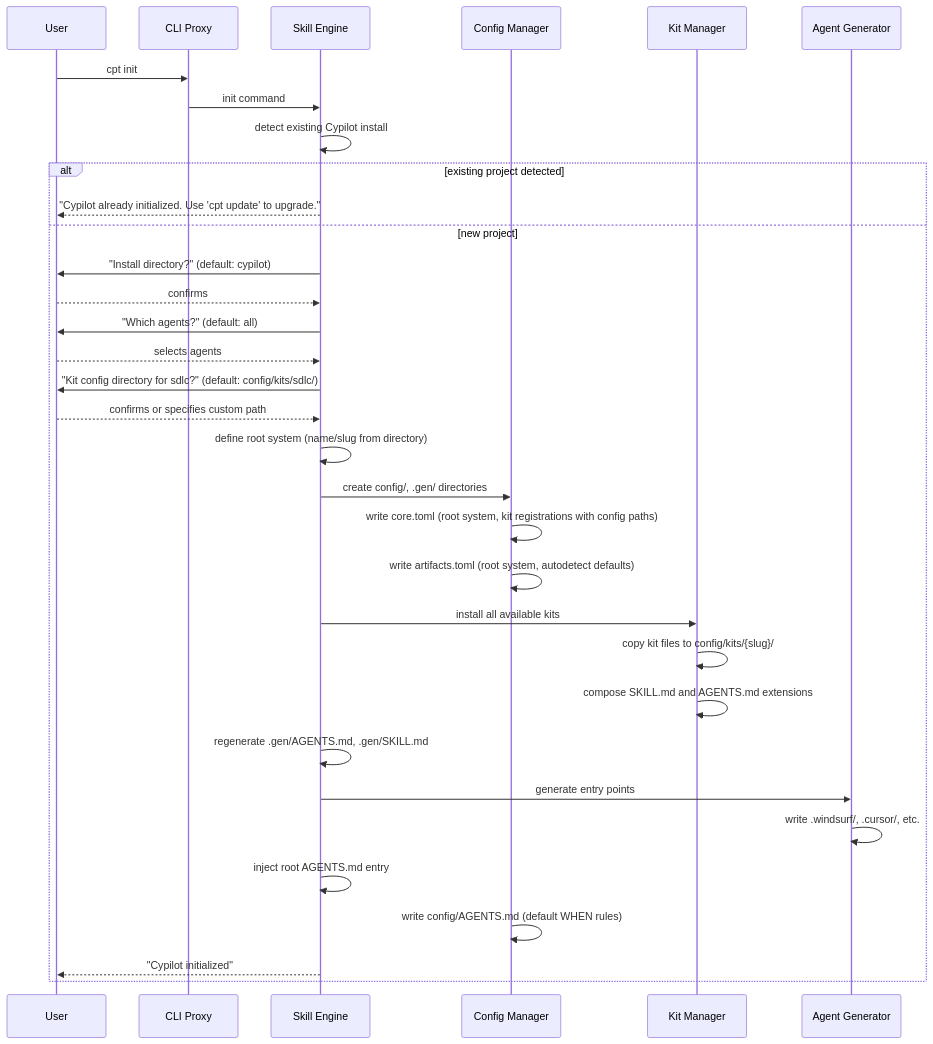
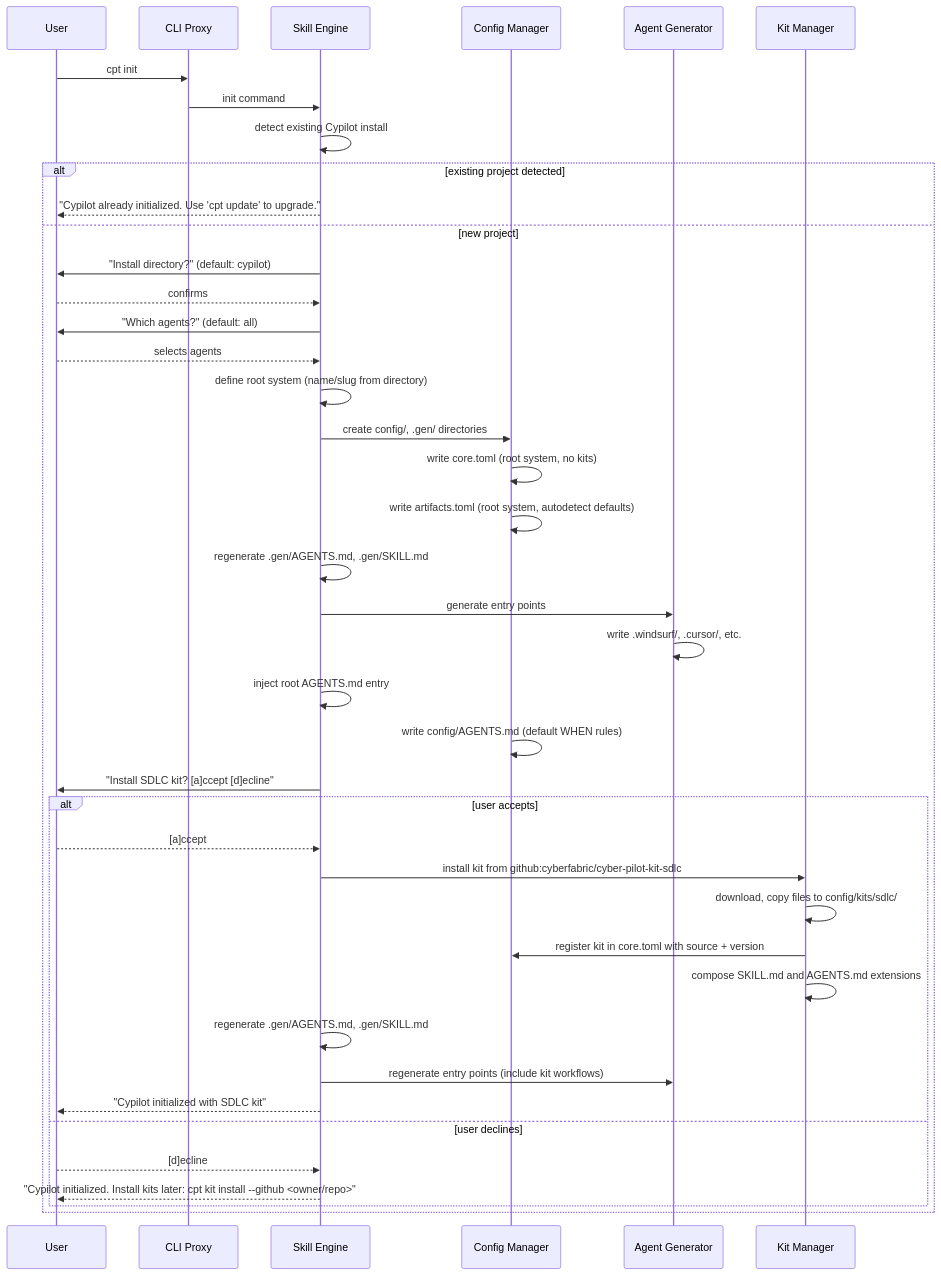
The second of 7 diagrams in architecture/DESIGN.md (bsacrobatix/cyber-pilot), drawn with Mermaid before and after one commit. The commit also changed other lines of this file and 15 other files, not shown here.

First line of the commit message:
``` docs(core,adr): extract SDLC kit to GitHub repository and update architecture docs to reflect external kit model

````diff
--- a/architecture/DESIGN.md
+++ b/architecture/DESIGN.md
@@ -817,29 +746,37 @@
 ```mermaid
 sequenceDiagram
     User->>CLI Proxy: cpt init
     CLI Proxy->>Skill Engine: init command
     Skill Engine->>Skill Engine: detect existing Cypilot install
     alt existing project detected
         Skill Engine-->>User: "Cypilot already initialized. Use 'cpt update' to upgrade."
     else new project
         Skill Engine->>User: "Install directory?" (default: cypilot)
         User-->>Skill Engine: confirms
         Skill Engine->>User: "Which agents?" (default: all)
         User-->>Skill Engine: selects agents
-        Skill Engine->>User: "Kit config directory for sdlc?" (default: config/kits/sdlc/)
-        User-->>Skill Engine: confirms or specifies custom path
         Skill Engine->>Skill Engine: define root system (name/slug from directory)
         Skill Engine->>Config Manager: create config/, .gen/ directories
-        Config Manager->>Config Manager: write core.toml (root system, kit registrations with config paths)
+        Config Manager->>Config Manager: write core.toml (root system, no kits)
         Config Manager->>Config Manager: write artifacts.toml (root system, autodetect defaults)
-        Skill Engine->>Kit Manager: install all available kits
-        Kit Manager->>Kit Manager: copy kit files to config/kits/{slug}/
-        Kit Manager->>Kit Manager: compose SKILL.md and AGENTS.md extensions
         Skill Engine->>Skill Engine: regenerate .gen/AGENTS.md, .gen/SKILL.md
         Skill Engine->>Agent Generator: generate entry points
         Agent Generator->>Agent Generator: write .windsurf/, .cursor/, etc.
         Skill Engine->>Skill Engine: inject root AGENTS.md entry
         Config Manager->>Config Manager: write config/AGENTS.md (default WHEN rules)
-        Skill Engine-->>User: "Cypilot initialized"
+        Skill Engine->>User: "Install SDLC kit? [a]ccept [d]ecline"
+        alt user accepts
+            User-->>Skill Engine: [a]ccept
+            Skill Engine->>Kit Manager: install kit from github:cyberfabric/cyber-pilot-kit-sdlc
+            Kit Manager->>Kit Manager: download, copy files to config/kits/sdlc/
+            Kit Manager->>Config Manager: register kit in core.toml with source + version
+            Kit Manager->>Kit Manager: compose SKILL.md and AGENTS.md extensions
+            Skill Engine->>Skill Engine: regenerate .gen/AGENTS.md, .gen/SKILL.md
+            Skill Engine->>Agent Generator: regenerate entry points (include kit workflows)
+            Skill Engine-->>User: "Cypilot initialized with SDLC kit"
+        else user declines
+            User-->>Skill Engine: [d]ecline
+            Skill Engine-->>User: "Cypilot initialized. Install kits later: cpt kit install --github <owner/repo>"
+        end
     end
 ```
````
